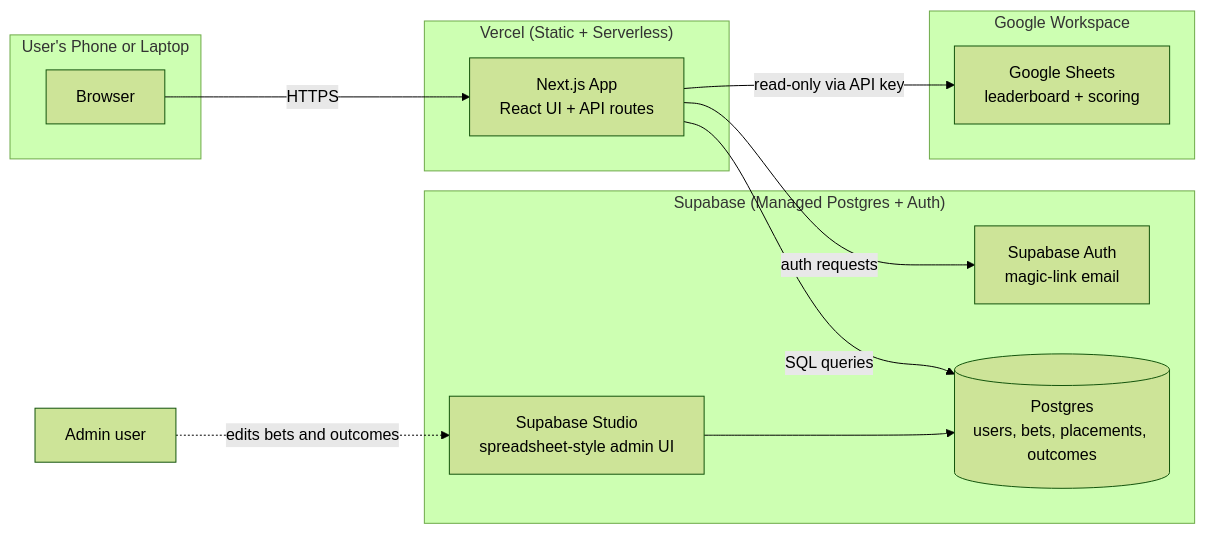
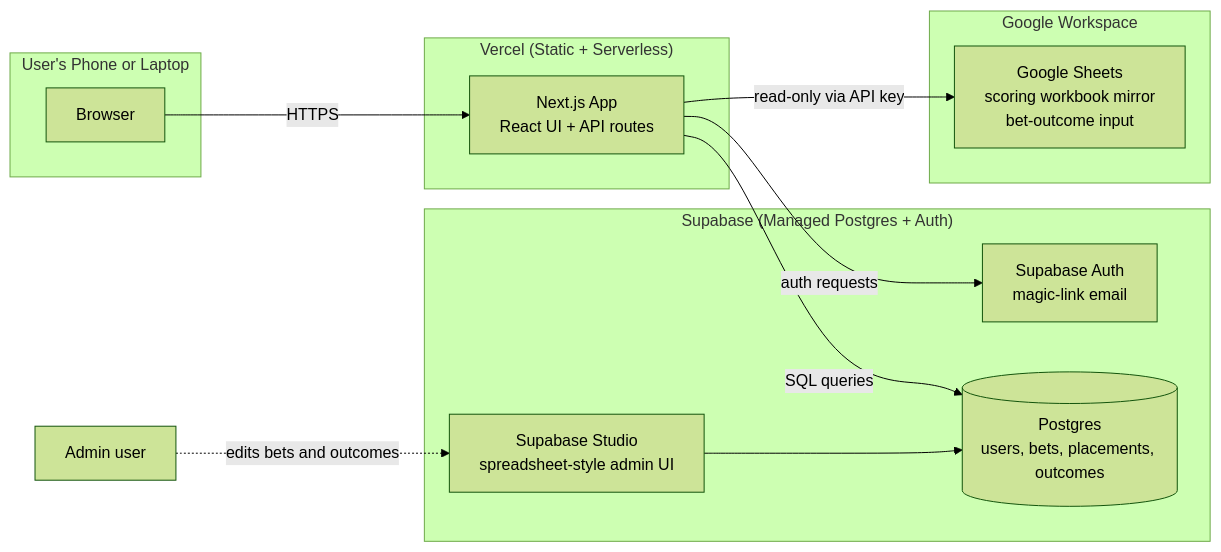
One commit to andrewelong18/ozark-open changed the first of 2 diagrams in ARCHITECTURE.md. Above: the diagram before and after it, drawn with Mermaid (forest theme). The commit also changed other lines of this file and 6 other files, not shown here.

````diff
--- a/ARCHITECTURE.md
+++ b/ARCHITECTURE.md
@@ -9,27 +9,27 @@
 ```mermaid
 graph LR
     subgraph "User's Phone or Laptop"
         Browser[Browser]
     end
 
     subgraph "Vercel (Static + Serverless)"
         NextJS[Next.js App<br/>React UI + API routes]
     end
 
     subgraph "Supabase (Managed Postgres + Auth)"
         Auth[Supabase Auth<br/>magic-link email]
         DB[(Postgres<br/>users, bets, placements, outcomes)]
         Studio[Supabase Studio<br/>spreadsheet-style admin UI]
     end
 
     subgraph "Google Workspace"
-        Sheets[Google Sheets<br/>leaderboard + scoring]
+        Sheets[Google Sheets<br/>scoring workbook mirror<br/>bet-outcome input]
     end
 
     Browser -->|HTTPS| NextJS
     NextJS -->|auth requests| Auth
     NextJS -->|SQL queries| DB
     NextJS -->|read-only via API key| Sheets
     Admin[Admin user] -.->|edits bets and outcomes| Studio
     Studio --> DB
 ```
````
